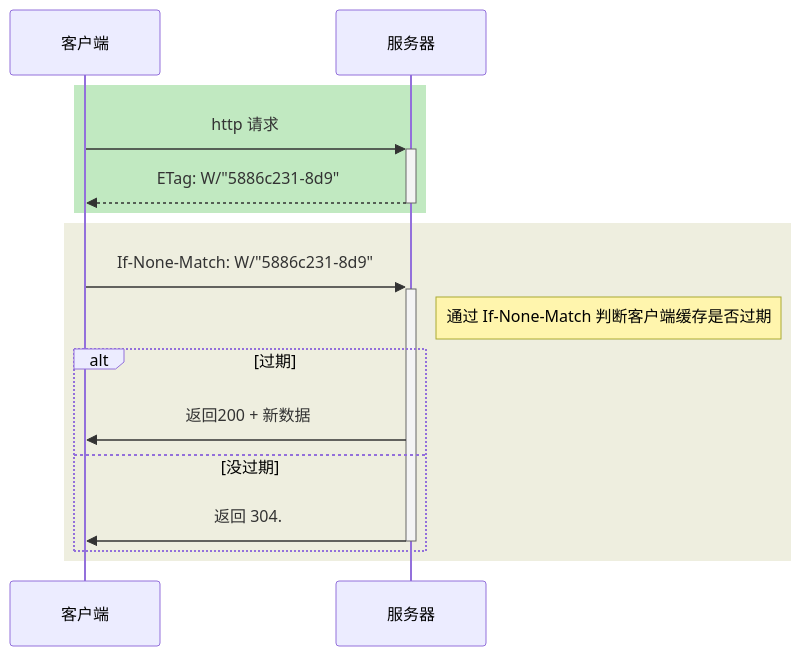
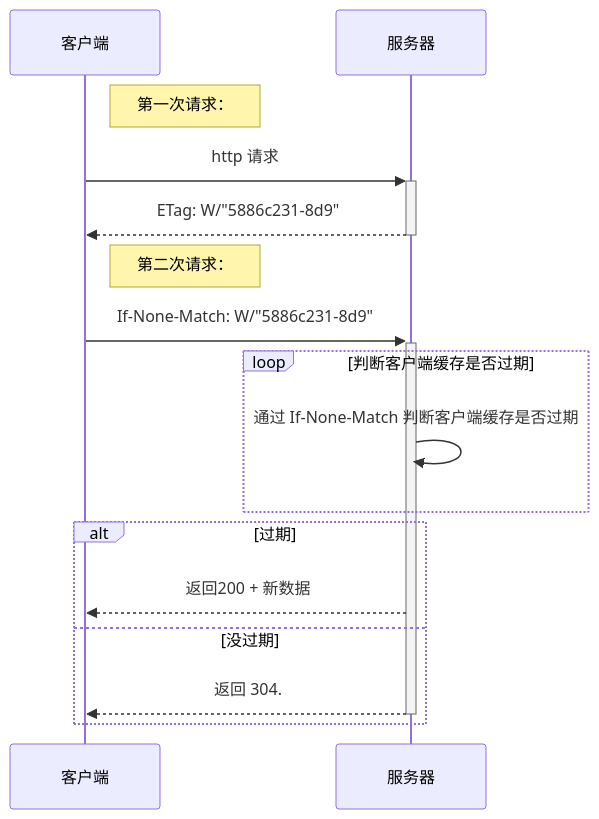
One commit to hurshi/hurshi.github.io changed the first of 2 diagrams in _posts/2020-10-10-net_http_cache.md. Above: the diagram before and after it, drawn with Mermaid. The commit also changed other lines of this file, not shown here.

Commit message:
fix sequenceDiagram

```diff
--- a/_posts/2020-10-10-net_http_cache.md
+++ b/_posts/2020-10-10-net_http_cache.md
@@ -19,17 +19,16 @@
 <div class="mermaid">
 sequenceDiagram
-	rect rgba(100,200,100,.4)
-		客户端->>+服务器: http 请求
-		服务器-->>-客户端: ETag: W/"5886c231-8d9"
-	end
-	rect rgba(200,200,150,.3)
-		客户端->>+服务器: If-None-Match:  W/"5886c231-8d9"
-		participant 服务器
-		Note right of 服务器: 通过 If-None-Match 判断客户端缓存是否过期
-		alt 过期
-		服务器->>客户端:返回200 + 新数据
-		else 没过期
-		服务器->>-客户端:返回 304.
-		end
-	end
+  Note right of 客户端: 第一次请求：
+  客户端->>+服务器: http 请求
+  服务器-->>-客户端: ETag: W/"5886c231-8d9"
+  Note right of 客户端: 第二次请求：
+  客户端->>+服务器: If-None-Match:  W/"5886c231-8d9"
+  loop 判断客户端缓存是否过期
+		服务器->>服务器: 通过 If-None-Match 判断客户端缓存是否过期
+  end
+  alt 过期
+  服务器-->>客户端:返回200 + 新数据
+  else 没过期
+  服务器-->>-客户端:返回 304.
+  end
 </div>
```
